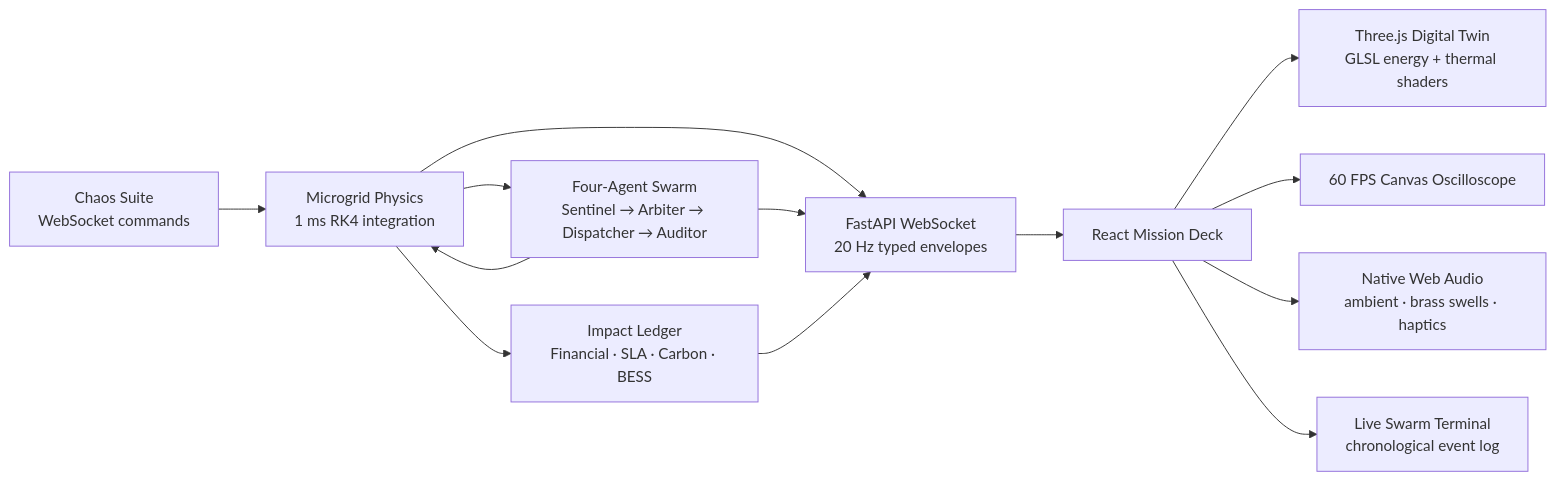
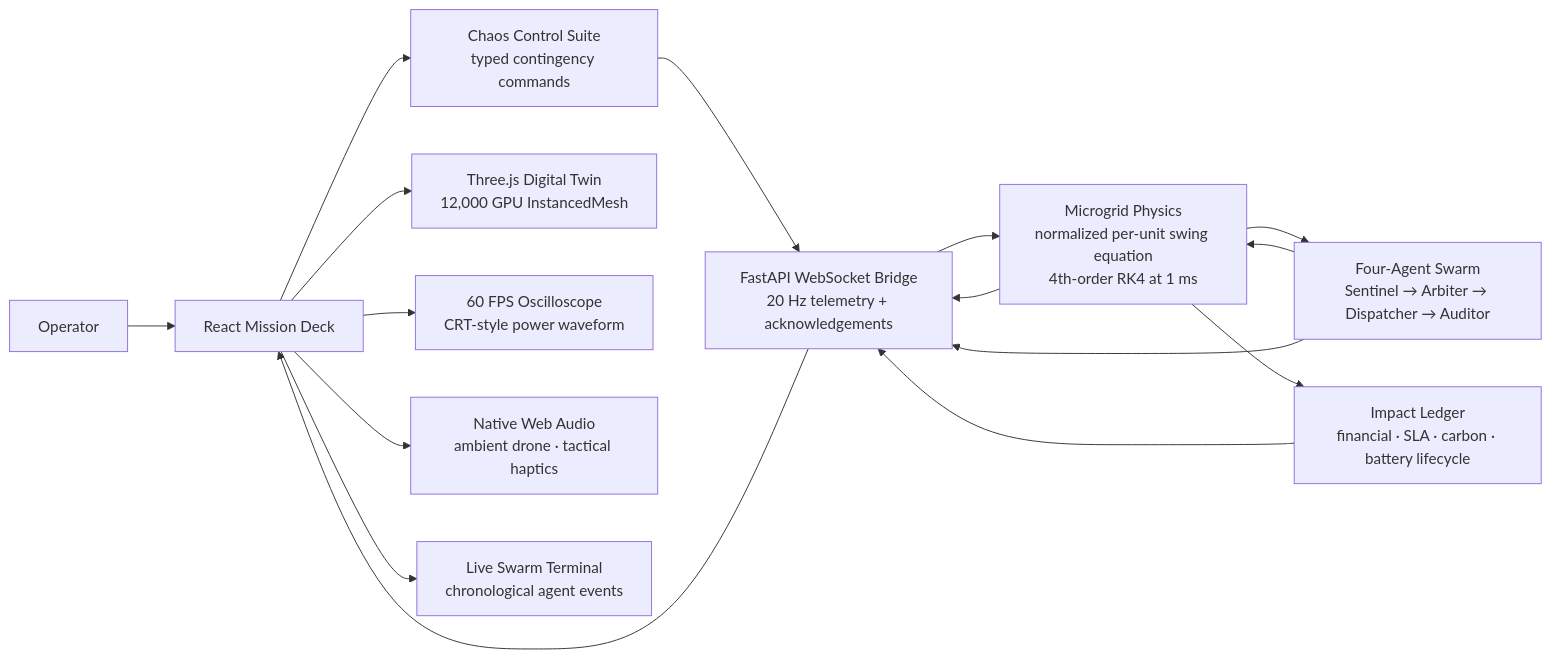
Before and after one commit to abhibeingaitamed-dot/AETHERGRID: the diagram in README.md, drawn with Mermaid. The commit also changed other lines of this file, not shown here.

````diff
--- a/README.md
+++ b/README.md
@@ -19,15 +37,18 @@
 ```mermaid
 flowchart LR
-    C[Chaos Suite\nWebSocket commands] --> P[Microgrid Physics\n1 ms RK4 integration]
-    P --> A[Four-Agent Swarm\nSentinel → Arbiter → Dispatcher → Auditor]
-    A --> P
-    P --> I[Impact Ledger\nFinancial · SLA · Carbon · BESS]
-    P --> W[FastAPI WebSocket\n20 Hz typed envelopes]
-    A --> W
+    U["Operator"] --> D["React Mission Deck"]
+    D --> C["Chaos Control Suite<br/>typed contingency commands"]
+    C --> W["FastAPI WebSocket Bridge<br/>20 Hz telemetry + acknowledgements"]
+    W --> P["Microgrid Physics<br/>normalized per-unit swing equation<br/>4th-order RK4 at 1 ms"]
+    P --> S["Four-Agent Swarm<br/>Sentinel → Arbiter → Dispatcher → Auditor"]
+    S --> P
+    P --> I["Impact Ledger<br/>financial · SLA · carbon · battery lifecycle"]
+    P --> W
+    S --> W
     I --> W
-    W --> H[React Mission Deck]
-    H --> T[Three.js Digital Twin\nGLSL energy + thermal shaders]
-    H --> O[60 FPS Canvas Oscilloscope]
-    H --> S[Native Web Audio\nambient · brass swells · haptics]
-    H --> L[Live Swarm Terminal\nchronological event log]
+    W --> D
+    D --> V["Three.js Digital Twin<br/>12,000 GPU InstancedMesh"]
+    D --> O["60 FPS Oscilloscope<br/>CRT-style power waveform"]
+    D --> A["Native Web Audio<br/>ambient drone · tactical haptics"]
+    D --> T["Live Swarm Terminal<br/>chronological agent events"]
 ```
````
